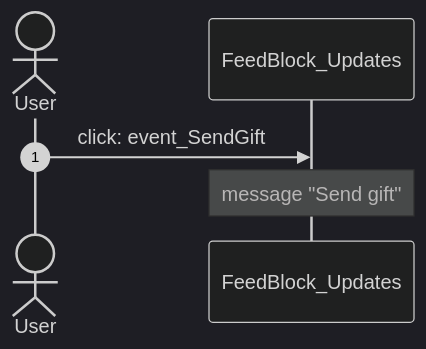
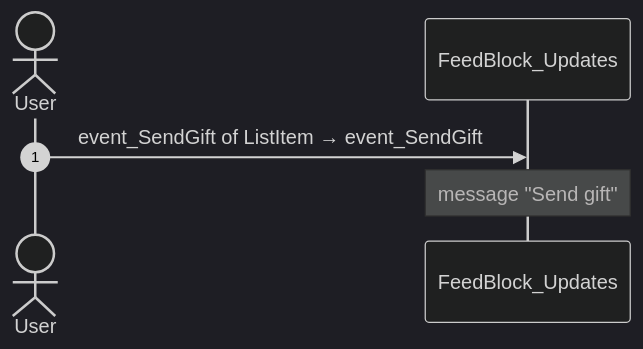
Before and after one commit to Phoenix-DX/connect-new-ui: diagram 17 of 51 in migration/route-actions/HomeFeed.md, drawn with Mermaid (dark theme). The commit also changed other lines of this file and 9 other files, not shown here.

Commit message:
route actions: facts only; user actions as two independent lists (OutSystems view bindings, React JSX bindings) with Mermaid sequences; factual call columns (direct caller, chains, React references); app shell by definition (survey shell, main.tsx code); constants read for React paths

````diff
--- a/migration/route-actions/HomeFeed.md
+++ b/migration/route-actions/HomeFeed.md
@@ -486,8 +379,8 @@
 ```mermaid
 sequenceDiagram
   autonumber
   actor U as User
   participant B as FeedBlock_Updates
-  U->>B: click: event_SendGift
+  U->>B: event_SendGift of ListItem → event_SendGift
   Note over B: message "Send gift"
 ```
````
